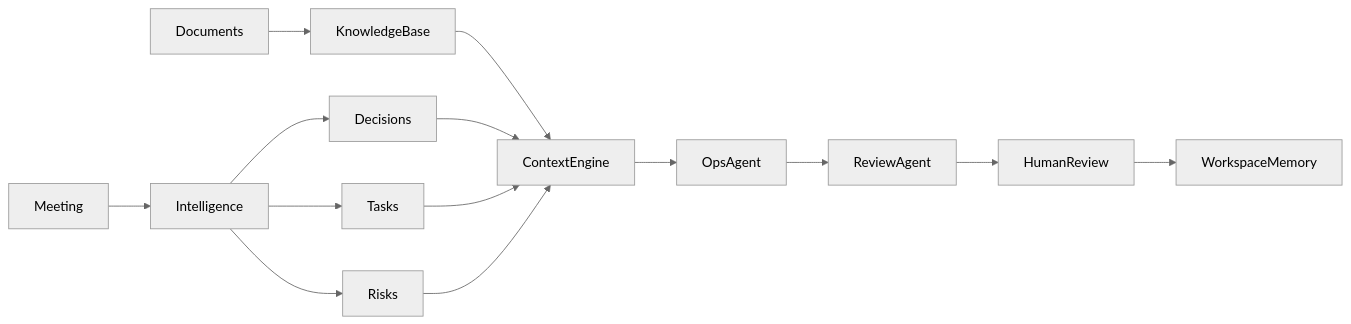
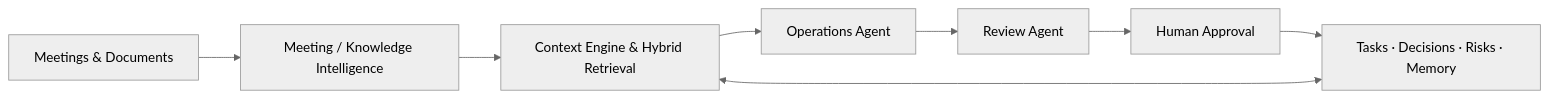
Before and after one commit to Router0824/OpsPilot-AI: the diagram in README.md, drawn with Mermaid (neutral theme). The commit also changed other lines of this file and 4 other files, not shown here.

````diff
--- a/README.md
+++ b/README.md
@@ -55,16 +52,10 @@
 ```mermaid
 flowchart LR
-    Meeting --> Intelligence
-    Documents --> KnowledgeBase
-    Intelligence --> Decisions
-    Intelligence --> Tasks
-    Intelligence --> Risks
-    KnowledgeBase --> ContextEngine
-    Decisions --> ContextEngine
-    Tasks --> ContextEngine
-    Risks --> ContextEngine
-    ContextEngine --> OpsAgent
-    OpsAgent --> ReviewAgent
-    ReviewAgent --> HumanReview
-    HumanReview --> WorkspaceMemory
+    Inputs[Meetings & Documents] --> Intelligence[Meeting / Knowledge Intelligence]
+    Intelligence --> Context[Context Engine & Hybrid Retrieval]
+    State[Tasks · Decisions · Risks · Memory] <--> Context
+    Context --> Operations[Operations Agent]
+    Operations --> Review[Review Agent]
+    Review --> Human[Human Approval]
+    Human --> State
 ```
````
